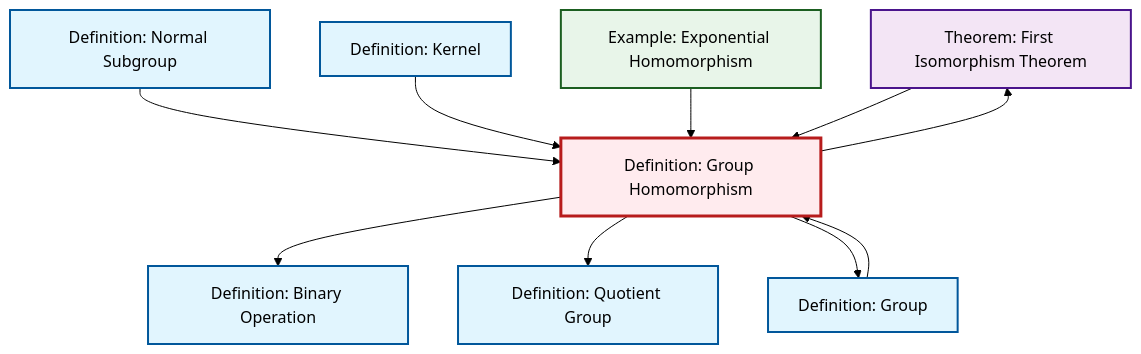
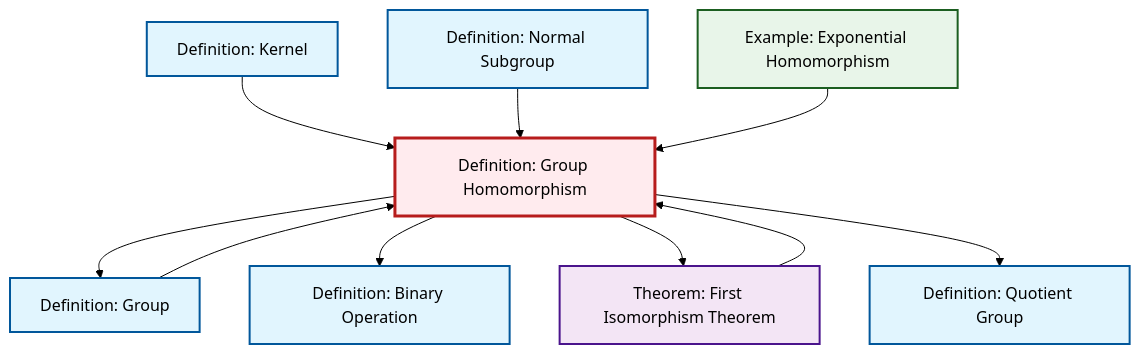
The diagram in content/ja/algebra/def-homomorphism.qmd (RK0429/ModernMath), drawn with Mermaid (forest theme) before and after one commit. The commit also changed other lines of this file and 491 other files, not shown here.

````diff
--- a/content/ja/algebra/def-homomorphism.qmd
+++ b/content/ja/algebra/def-homomorphism.qmd
@@ -65,34 +65,34 @@
 ```{mermaid}
 %%| fig-cap: "Local dependency graph"
 graph TD
     classDef definition fill:#e1f5fe,stroke:#01579b,stroke-width:2px
     classDef theorem fill:#f3e5f5,stroke:#4a148c,stroke-width:2px
     classDef axiom fill:#fff3e0,stroke:#e65100,stroke-width:2px
     classDef example fill:#e8f5e9,stroke:#1b5e20,stroke-width:2px
     classDef current fill:#ffebee,stroke:#b71c1c,stroke-width:3px
+    def-binary-operation["Definition: Binary Operation"]:::definition
+    def-kernel["Definition: Kernel"]:::definition
     thm-first-isomorphism["Theorem: First Isomorphism Theorem"]:::theorem
+    def-normal-subgroup["Definition: Normal Subgroup"]:::definition
+    def-group["Definition: Group"]:::definition
     def-homomorphism["Definition: Group Homomorphism"]:::definition
-    def-kernel["Definition: Kernel"]:::definition
-    def-group["Definition: Group"]:::definition
     ex-exponential-homomorphism["Example: Exponential Homomorphism"]:::example
-    def-binary-operation["Definition: Binary Operation"]:::definition
-    def-normal-subgroup["Definition: Normal Subgroup"]:::definition
     def-quotient-group["Definition: Quotient Group"]:::definition
+    def-kernel --> def-homomorphism
+    def-homomorphism --> def-group
+    def-homomorphism --> def-binary-operation
+    thm-first-isomorphism --> def-homomorphism
+    def-homomorphism --> thm-first-isomorphism
     def-normal-subgroup --> def-homomorphism
-    def-homomorphism --> def-binary-operation
-    def-kernel --> def-homomorphism
+    def-group --> def-homomorphism
+    def-homomorphism --> def-quotient-group
     ex-exponential-homomorphism --> def-homomorphism
-    def-homomorphism --> def-quotient-group
-    def-homomorphism --> def-group
-    thm-first-isomorphism --> def-homomorphism
-    def-group --> def-homomorphism
-    def-homomorphism --> thm-first-isomorphism
     class def-homomorphism current
+    click def-binary-operation "def-binary-operation.html" "Definition: Binary Operationへ"
+    click def-kernel "def-kernel.html" "Definition: Kernelへ"
     click thm-first-isomorphism "thm-first-isomorphism.html" "Theorem: First Isomorphism Theoremへ"
-    click def-kernel "def-kernel.html" "Definition: Kernelへ"
+    click def-normal-subgroup "def-normal-subgroup.html" "Definition: Normal Subgroupへ"
     click def-group "def-group.html" "Definition: Groupへ"
     click ex-exponential-homomorphism "ex-exponential-homomorphism.html" "Example: Exponential Homomorphismへ"
-    click def-binary-operation "def-binary-operation.html" "Definition: Binary Operationへ"
-    click def-normal-subgroup "def-normal-subgroup.html" "Definition: Normal Subgroupへ"
     click def-quotient-group "def-quotient-group.html" "Definition: Quotient Groupへ"
 ```
````
